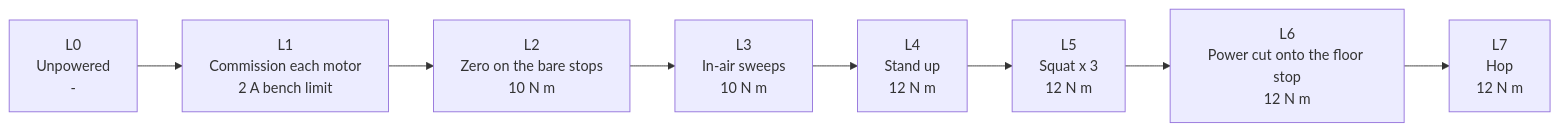
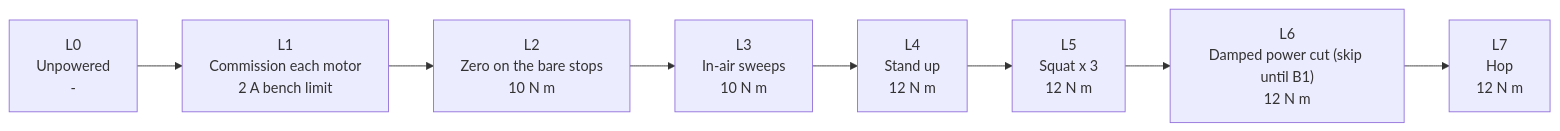
Before and after one commit to Valpatel/gyropup: the second of 2 diagrams in docs/motor-day.md, drawn with Mermaid. The commit also changed other lines of this file and 22 other files, not shown here.

````diff
--- a/docs/motor-day.md
+++ b/docs/motor-day.md
@@ -278,11 +291,11 @@
 ```mermaid
 flowchart LR
   L0["L0<br/>Unpowered<br/>-"] --> L1
   L1["L1<br/>Commission each motor<br/>2 A bench limit"] --> L2
   L2["L2<br/>Zero on the bare stops<br/>10 N m"] --> L3
   L3["L3<br/>In-air sweeps<br/>10 N m"] --> L4
   L4["L4<br/>Stand up<br/>12 N m"] --> L5
   L5["L5<br/>Squat x 3<br/>12 N m"] --> L6
-  L6["L6<br/>Power cut onto the floor stop<br/>12 N m"] --> L7
+  L6["L6<br/>Damped power cut (skip until B1)<br/>12 N m"] --> L7
   L7["L7<br/>Hop<br/>12 N m"]
 ```
````
